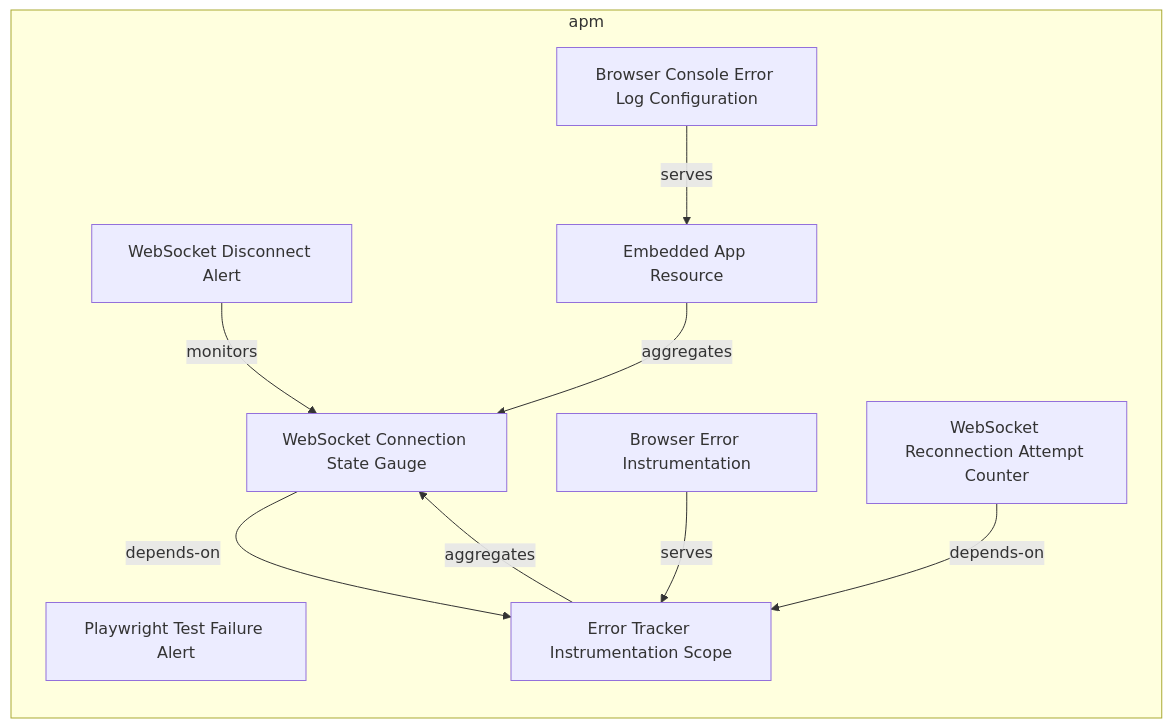
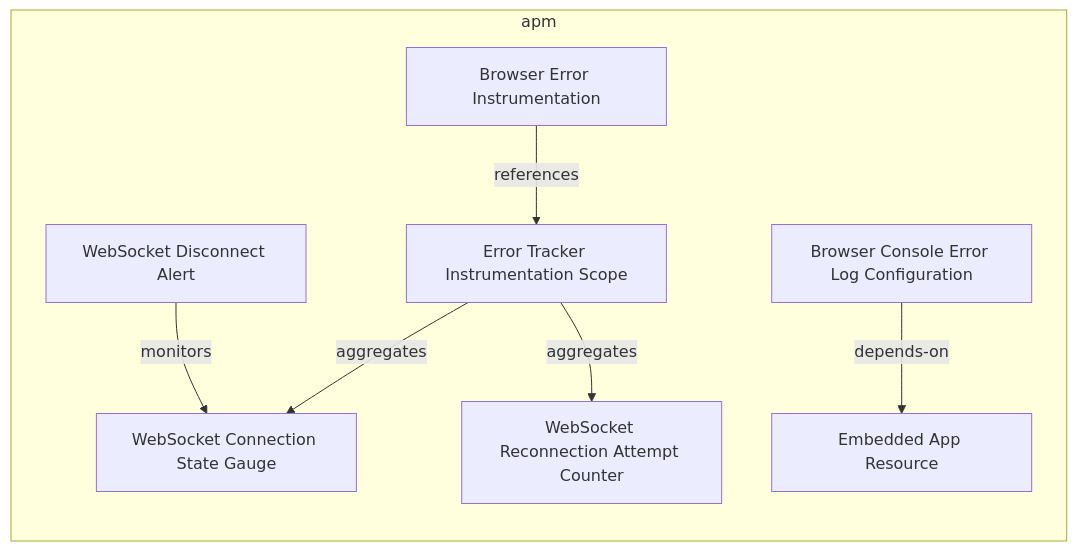
Before and after one commit to tinkermonkey/documentation_robotics_viewer: the first of 2 diagrams in documentation-robotics/reports/12-apm-layer-report.md, drawn with Mermaid. The commit also changed other lines of this file and 39 other files, not shown here.

````diff
--- a/documentation-robotics/reports/12-apm-layer-report.md
+++ b/documentation-robotics/reports/12-apm-layer-report.md
@@ -31,20 +31,17 @@
 ```mermaid
 flowchart LR
   subgraph apm
-    apm_alert_playwright_test_failure_alert["Playwright Test Failure Alert"]
     apm_alert_web_socket_disconnect_alert["WebSocket Disconnect Alert"]
     apm_instrumentationconfig_browser_error_instrumentation["Browser Error Instrumentation"]
     apm_instrumentationscope_error_tracker_instrumentation_scope["Error Tracker Instrumentation Scope"]
     apm_logconfiguration_browser_console_error_log_configuration["Browser Console Error Log Configuration"]
     apm_metricinstrument_web_socket_connection_state_gauge["WebSocket Connection State Gauge"]
     apm_metricinstrument_web_socket_reconnection_attempt_counter["WebSocket Reconnection Attempt Counter"]
     apm_resource_embedded_app_resource["Embedded App Resource"]
     apm_alert_web_socket_disconnect_alert -->|monitors| apm_metricinstrument_web_socket_connection_state_gauge
-    apm_instrumentationconfig_browser_error_instrumentation -->|serves| apm_instrumentationscope_error_tracker_instrumentation_scope
+    apm_instrumentationconfig_browser_error_instrumentation -->|references| apm_instrumentationscope_error_tracker_instrumentation_scope
     apm_instrumentationscope_error_tracker_instrumentation_scope -->|aggregates| apm_metricinstrument_web_socket_connection_state_gauge
-    apm_logconfiguration_browser_console_error_log_configuration -->|serves| apm_resource_embedded_app_resource
-    apm_metricinstrument_web_socket_connection_state_gauge -->|depends-on| apm_instrumentationscope_error_tracker_instrumentation_scope
-    apm_metricinstrument_web_socket_reconnection_attempt_counter -->|depends-on| apm_instrumentationscope_error_tracker_instrumentation_scope
-    apm_resource_embedded_app_resource -->|aggregates| apm_metricinstrument_web_socket_connection_state_gauge
+    apm_instrumentationscope_error_tracker_instrumentation_scope -->|aggregates| apm_metricinstrument_web_socket_reconnection_attempt_counter
+    apm_logconfiguration_browser_console_error_log_configuration -->|depends-on| apm_resource_embedded_app_resource
   end
 ```
````
